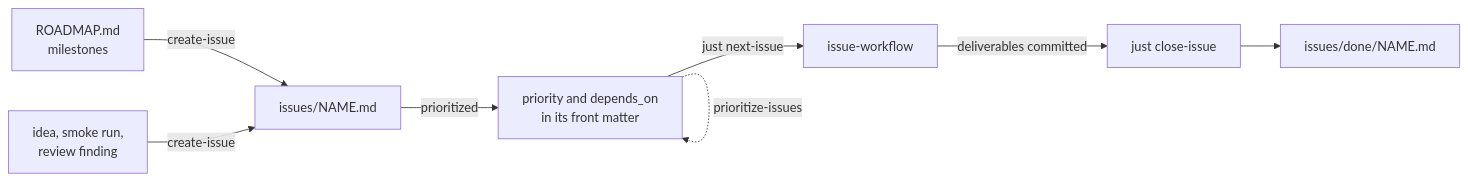
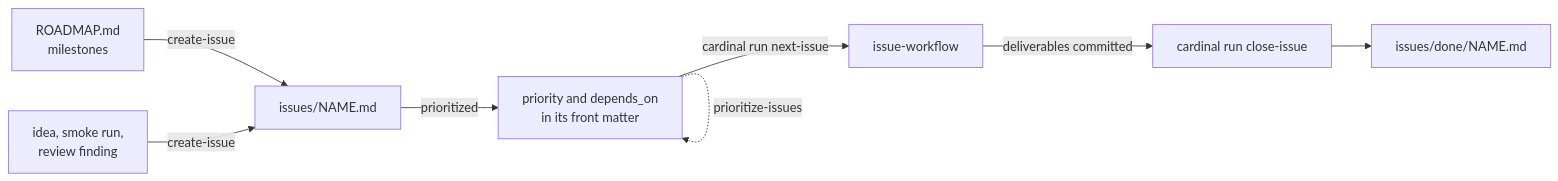
The first of 3 diagrams in docs/workflow.md (Electron-libre/cardinal), drawn with Mermaid before and after one commit. The commit also changed other lines of this file and 11 other files, not shown here.

First line of the commit message:
docs: name cardinal run in the docs, just optional

````diff
--- a/docs/workflow.md
+++ b/docs/workflow.md
@@ -8,10 +8,10 @@
 ```mermaid
 flowchart LR
   roadmap["ROADMAP.md<br/>milestones"] -->|create-issue| file["issues/NAME.md"]
   idea["idea, smoke run,<br/>review finding"] -->|create-issue| file
   file -->|prioritized| queue["priority and depends_on<br/>in its front matter"]
   queue -.->|prioritize-issues| queue
-  queue -->|just next-issue| work["issue-workflow"]
-  work -->|deliverables committed| close["just close-issue"]
+  queue -->|cardinal run next-issue| work["issue-workflow"]
+  work -->|deliverables committed| close["cardinal run close-issue"]
   close --> done["issues/done/NAME.md"]
 ```
````
